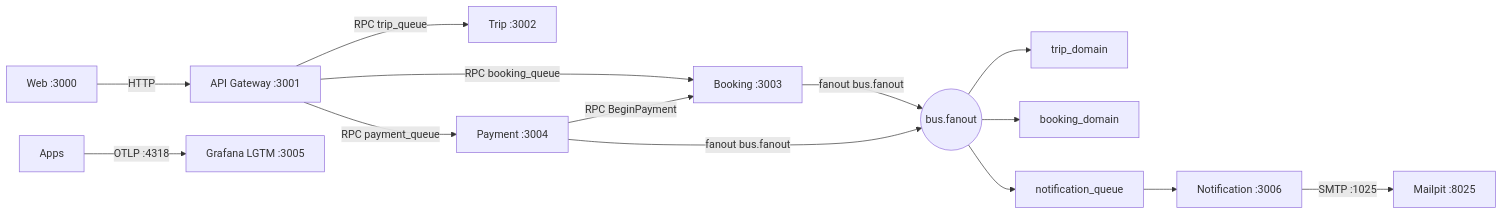
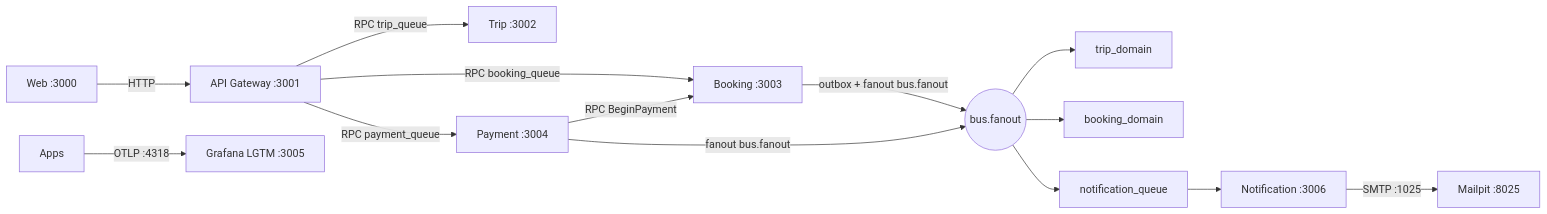
One commit to matheus55391/bus-booking-platform changed the first of 2 diagrams in docs/architecture.md. Above: the diagram before and after it, drawn with Mermaid. The commit also changed other lines of this file and 33 other files, not shown here.

First line of the commit message:
feat(booking-service, api-gateway): implement outbox pattern and enhance checkout saga

````diff
--- a/docs/architecture.md
+++ b/docs/architecture.md
@@ -7,16 +7,16 @@
 ```mermaid
 flowchart LR
   Web[Web :3000] -->|HTTP| GW[API Gateway :3001]
   GW -->|RPC trip_queue| Trip[Trip :3002]
   GW -->|RPC booking_queue| Booking[Booking :3003]
   GW -->|RPC payment_queue| Payment[Payment :3004]
   Payment -->|RPC BeginPayment| Booking
-  Booking -->|fanout bus.fanout| Fanout((bus.fanout))
+  Booking -->|outbox + fanout bus.fanout| Fanout((bus.fanout))
   Payment -->|fanout bus.fanout| Fanout
   Fanout --> TripDomain[trip_domain]
   Fanout --> BookingDomain[booking_domain]
   Fanout --> NotifQ[notification_queue]
   NotifQ --> Notif[Notification :3006]
   Notif -->|SMTP :1025| Mailpit[Mailpit :8025]
   Apps[Apps] -->|OTLP :4318| LGTM[Grafana LGTM :3005]
 ```
````
